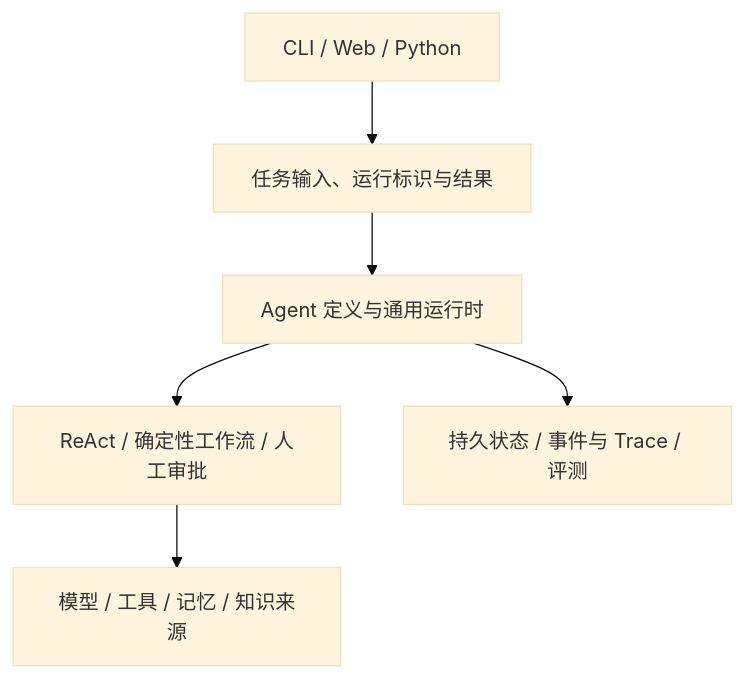
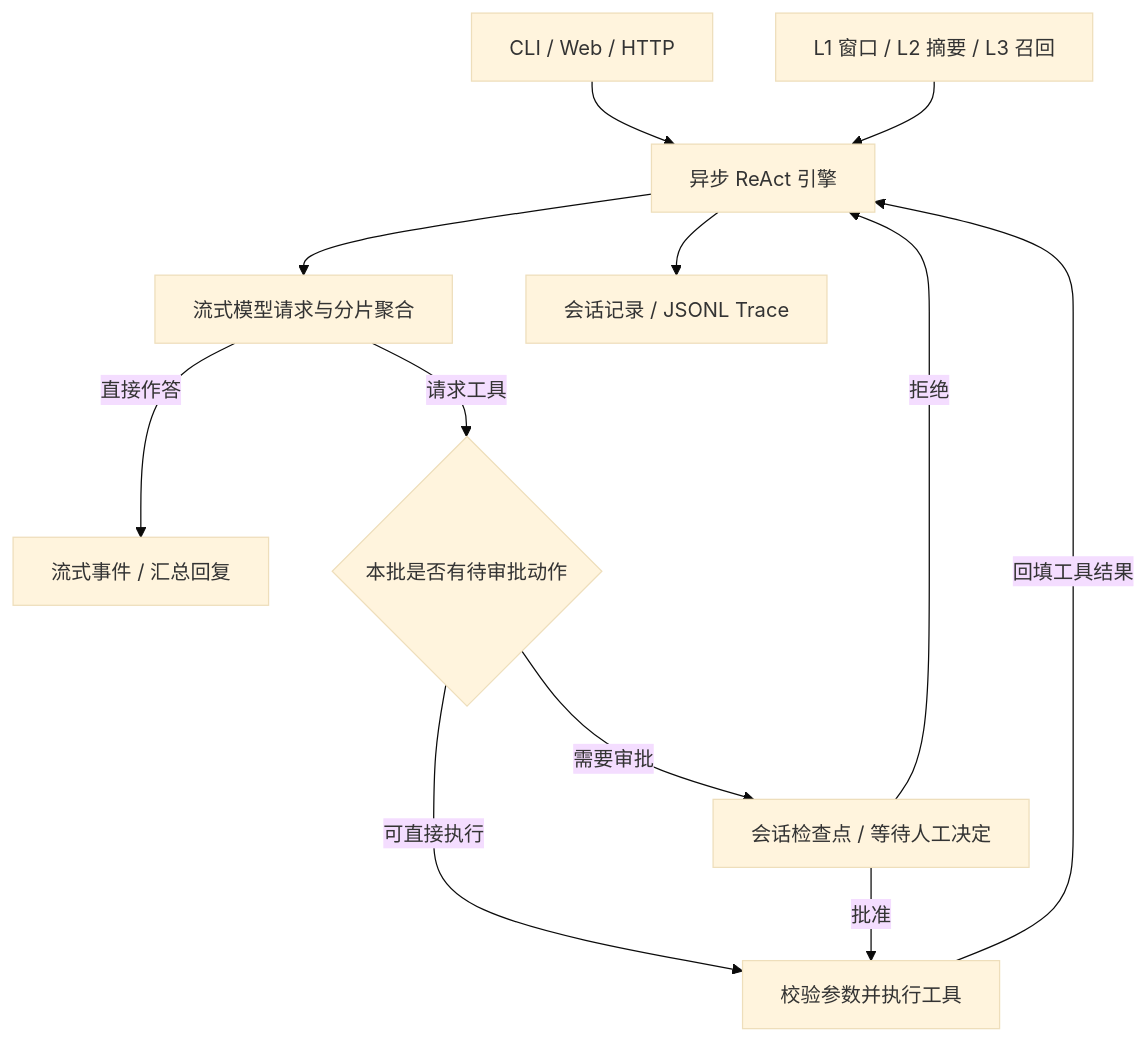
One commit to wq123908/study-agent changed the diagram in README.md. Above: the diagram before and after it, drawn with Mermaid (base theme). The commit also changed other lines of this file, not shown here.

Commit message:
docs: showcase Agent framework capabilities and evidence

````diff
--- a/README.md
+++ b/README.md
@@ -30,8 +19,14 @@
 ```mermaid
 flowchart TD
-    entry["CLI / Web / Python"] --> task["任务输入、运行标识与结果"]
-    task --> runtime["Agent 定义与通用运行时"]
-    runtime --> steps["ReAct / 确定性工作流 / 人工审批"]
-    steps --> resources["模型 / 工具 / 记忆 / 知识来源"]
-    runtime --> history["持久状态 / 事件与 Trace / 评测"]
+    client["CLI / Web / HTTP"] --> engine["异步 ReAct 引擎"]
+    memory["L1 窗口 / L2 摘要 / L3 召回"] --> engine
+    engine --> model["流式模型请求与分片聚合"]
+    model -->|直接作答| output["流式事件 / 汇总回复"]
+    model -->|请求工具| risk{"本批是否有待审批动作"}
+    risk -->|可直接执行| tools["校验参数并执行工具"]
+    risk -->|需要审批| checkpoint["会话检查点 / 等待人工决定"]
+    checkpoint -->|批准| tools
+    checkpoint -->|拒绝| engine
+    tools -->|回填工具结果| engine
+    engine --> traces["会话记录 / JSONL Trace"]
 ```
````
